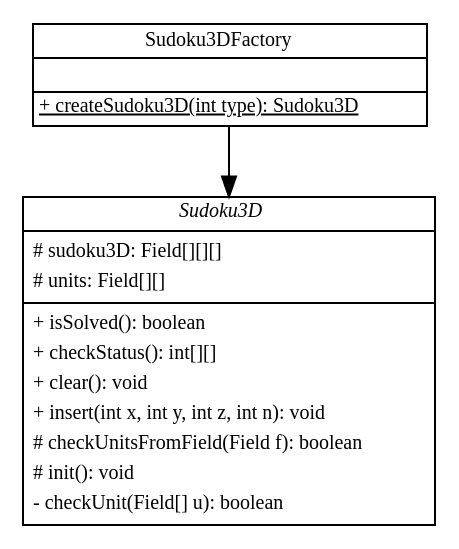
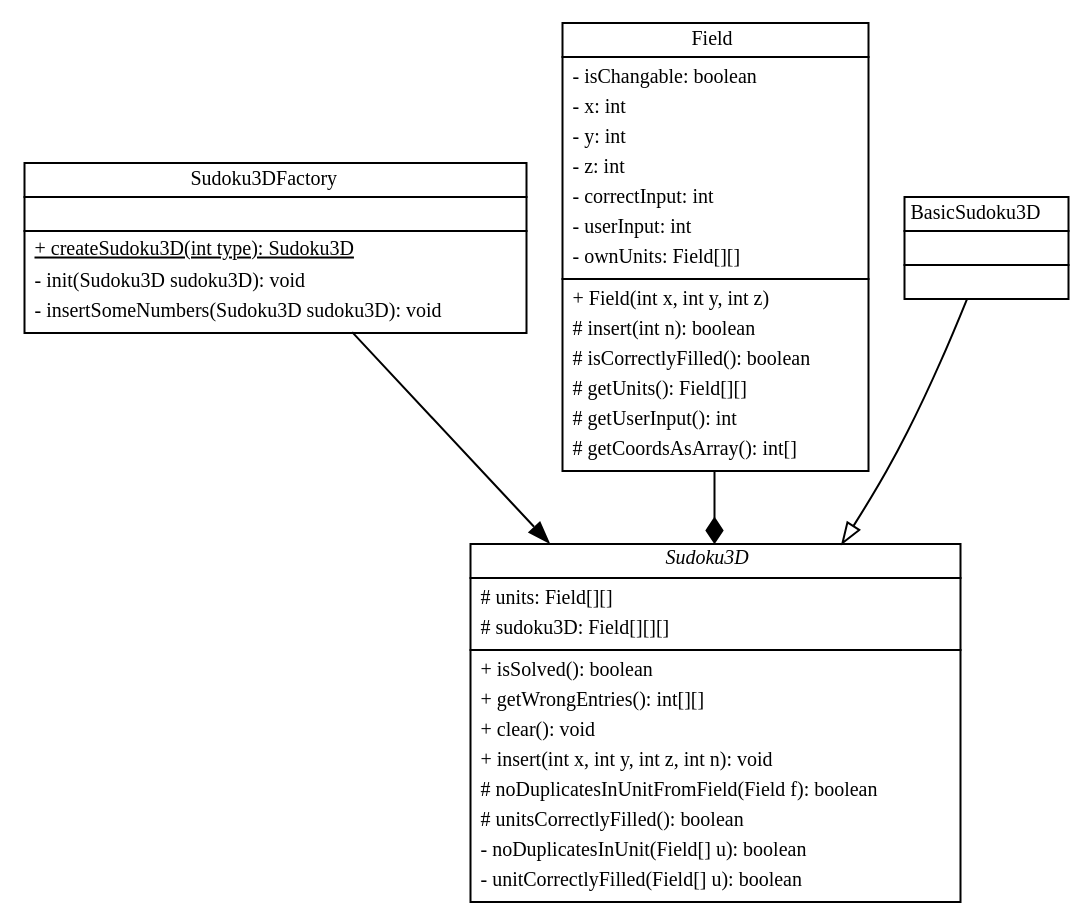
One commit to Mavpotter/Sudoku3D changed the diagram in doc/classdiagram.dot. Above: the diagram before and after it, drawn with Graphviz.

Commit message:
inserted BasicSudoku3D and Field classes

```diff
--- a/doc/classdiagram.dot
+++ b/doc/classdiagram.dot
@@ -1,67 +1,126 @@
 digraph G {
     fontname = "Bitstream Vera Sans"
     fontsize = 8
 
     node [
         fontname = "Bitstream Vera Sans"
         fontsize = 10
         shape = none width=0 height=0 margin=0
     ]
 
     edge [
         fontname = "Bitstream Vera Sans"
         fontsize = 10
     ]
 
     subgraph packagemodel{
 
         sudoku3dfactory [
             label =
             <<table border="0" cellspacing="0" cellborder="1">
                 <tr>
                     <td>Sudoku3DFactory</td>
                 </tr>
                 <tr>
                     <td>
                     </td>
                 </tr>
                 <tr>
-                    <td><u>+ createSudoku3D(int type): Sudoku3D</u></td>
+                    <td>
+                        <table border="0" cellspacing="0" cellborder="0">
+                            <tr><td align="left"><u>+ createSudoku3D(int type): Sudoku3D</u></td></tr>
+                            <tr><td align="left">- init(Sudoku3D sudoku3D): void</td></tr>
+                            <tr><td align="left">- insertSomeNumbers(Sudoku3D sudoku3D): void</td></tr>
+                        </table>
+                    </td>
                 </tr>
             </table>>
         ]
 
         sudoku3d [
             label =
             <<table border="0" cellspacing="0" cellborder="1">
                 <tr>
                     <td><i>Sudoku3D</i></td>
                 </tr>
                 <tr>
                     <td>
                         <table border="0" cellspacing="0" cellborder="0">
+                            <tr><td align="left"># units: Field[][]</td></tr>
                             <tr><td align="left"># sudoku3D: Field[][][]</td></tr>
-                            <tr><td align="left"># units: Field[][]</td></tr>
                         </table>
                     </td>
                 </tr>
                 <tr>
                     <td>
                         <table border="0" cellspacing="0" cellborder="0">
                             <tr><td align="left">+ isSolved(): boolean</td></tr>
-                            <tr><td align="left">+ checkStatus(): int[][]</td></tr>
+                            <tr><td align="left">+ getWrongEntries(): int[][]</td></tr>
                             <tr><td align="left">+ clear(): void</td></tr>
                             <tr><td align="left">+ insert(int x, int y, int z, int n): void</td></tr>
-                            <tr><td align="left"># checkUnitsFromField(Field f): boolean</td></tr>
-                            <tr><td align="left"># init(): void</td></tr>
-                            <tr><td align="left">- checkUnit(Field[] u): boolean</td></tr>
+                            <tr><td align="left"># noDuplicatesInUnitFromField(Field f): boolean</td></tr>
+                            <tr><td align="left"># unitsCorrectlyFilled(): boolean</td></tr>
+                            <tr><td align="left">- noDuplicatesInUnit(Field[] u): boolean</td></tr>
+                            <tr><td align="left">- unitCorrectlyFilled(Field[] u): boolean</td></tr>
                         </table>
                     </td>
                 </tr>
             </table>>
         ]
 
+        field [
+            label =
+            <<table border="0" cellspacing="0" cellborder="1">
+                <tr>
+                    <td>Field</td>
+                </tr>
+                <tr>
+                    <td>
+                        <table border="0" cellspacing="0" cellborder="0">
+                            <tr><td align="left">- isChangable: boolean</td></tr>
+                            <tr><td align="left">- x: int</td></tr>
+                            <tr><td align="left">- y: int</td></tr>
+                            <tr><td align="left">- z: int</td></tr>
+                            <tr><td align="left">- correctInput: int</td></tr>
+                            <tr><td align="left">- userInput: int</td></tr>
+                            <tr><td align="left">- ownUnits: Field[][]</td></tr>
+                        </table>
+                    </td>
+                </tr>
+                <tr>
+                    <td>
+                        <table border="0" cellspacing="0" cellborder="0">
+                            <tr><td align="left">+ Field(int x, int y, int z)</td></tr>
+                            <tr><td align="left"># insert(int n): boolean</td></tr>
+                            <tr><td align="left"># isCorrectlyFilled(): boolean</td></tr>
+                            <tr><td align="left"># getUnits(): Field[][]</td></tr>
+                            <tr><td align="left"># getUserInput(): int</td></tr>
+                            <tr><td align="left"># getCoordsAsArray(): int[]</td></tr>
+                        </table>
+                    </td>
+                </tr>
+            </table>>
+        ]
+
+        basicsudoku3d [
+            label =
+            <<table border="0" cellspacing="0" cellborder="1">
+                <tr>
+                    <td>BasicSudoku3D</td>
+                </tr>
+                <tr>
+                    <td>
+                    </td>
+                </tr>
+                <tr>
+                    <td>
+                    </td>
+                </tr>
+            </table>>
+        ]
+
         sudoku3dfactory -> sudoku3d
-
+        field -> sudoku3d [arrowhead=diamond]
+        basicsudoku3d -> sudoku3d [arrowhead=onormal]
     }
 }
```
